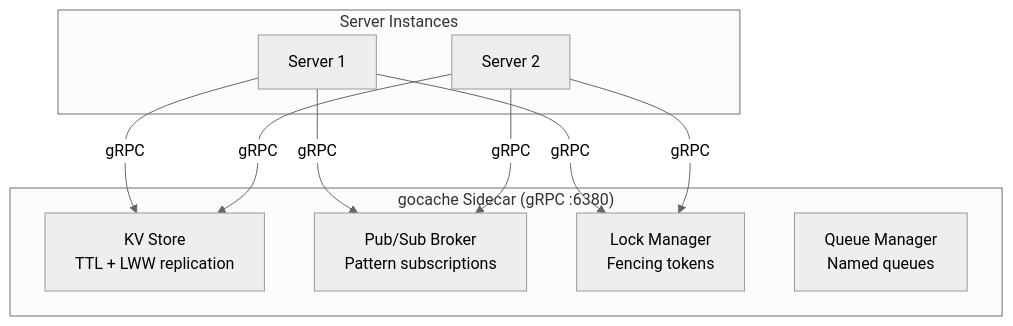
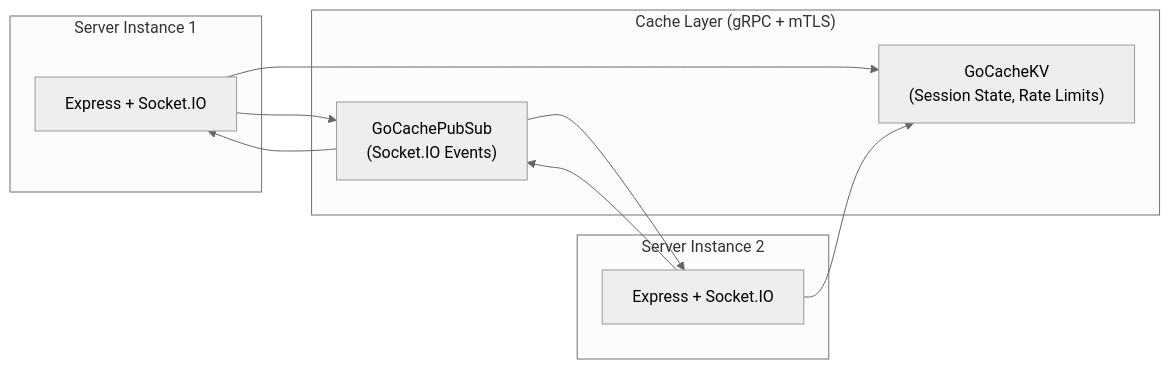
The eighth of 10 diagrams in docs/architecture.md (dnviti/remote-desktop-manager), drawn with Mermaid (neutral theme) before and after one commit. The commit also changed other lines of this file and 177 other files, not shown here.

````diff
--- a/docs/architecture.md
+++ b/docs/architecture.md
@@ -502,21 +279,22 @@
 ```mermaid
-flowchart TD
-    subgraph Instances["Server Instances"]
-        S1["Server 1"]
-        S2["Server 2"]
+flowchart LR
+    subgraph Instance1["Server Instance 1"]
+        S1["Express + Socket.IO"]
     end
 
-    subgraph Sidecar["gocache Sidecar (gRPC :6380)"]
-        KV["KV Store<br/>TTL + LWW replication"]
-        PS["Pub/Sub Broker<br/>Pattern subscriptions"]
-        LK["Lock Manager<br/>Fencing tokens"]
-        QU["Queue Manager<br/>Named queues"]
+    subgraph Instance2["Server Instance 2"]
+        S2["Express + Socket.IO"]
     end
 
-    S1 -->|gRPC| KV
-    S1 -->|gRPC| PS
-    S1 -->|gRPC| LK
-    S2 -->|gRPC| KV
-    S2 -->|gRPC| PS
-    S2 -->|gRPC| LK
+    subgraph Cache["Cache Layer (gRPC + mTLS)"]
+        KV["GoCacheKV\n(Session State, Rate Limits)"]
+        PubSub["GoCachePubSub\n(Socket.IO Events)"]
+    end
+
+    S1 --> KV
+    S2 --> KV
+    S1 --> PubSub
+    S2 --> PubSub
+    PubSub --> S1
+    PubSub --> S2
 ```
````
